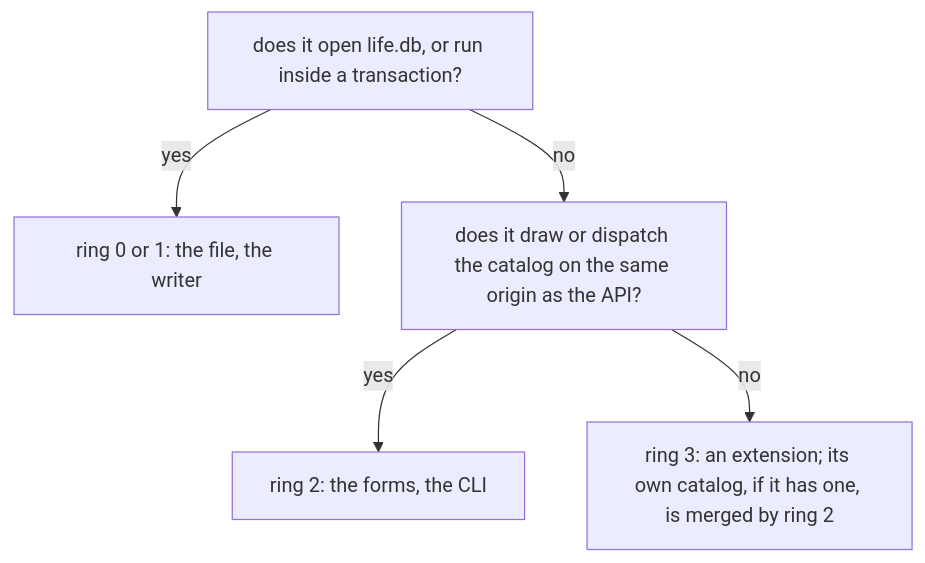
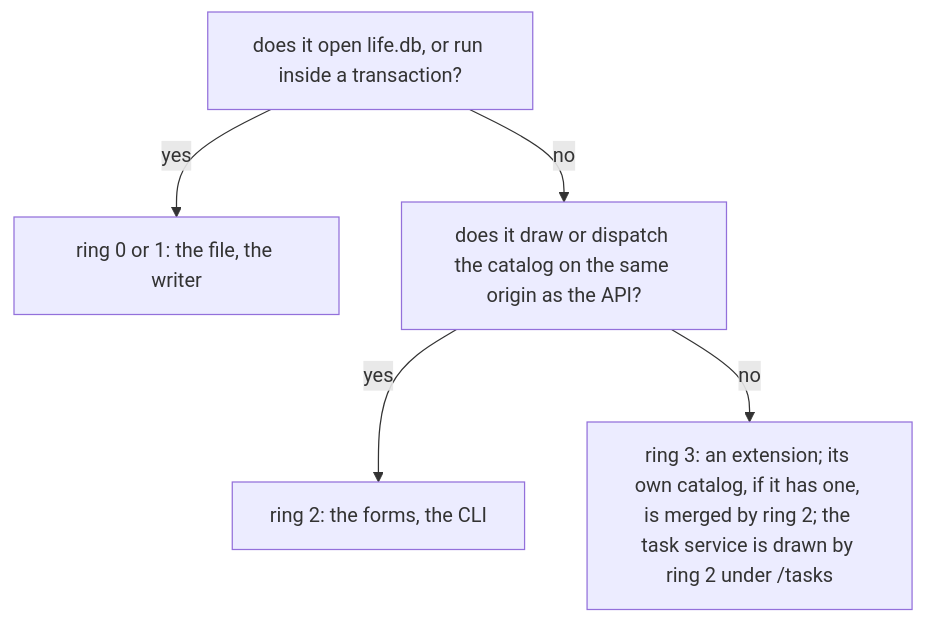
Before and after one commit to alexradunet/lifelogdb: the second of 2 diagrams in AGENTS.md, drawn with Mermaid. The commit also changed other lines of this file and 19 other files, not shown here.

````diff
--- a/AGENTS.md
+++ b/AGENTS.md
@@ -173,7 +173,7 @@
 ```mermaid
 flowchart TD
   Q["does it open life.db, or run inside a transaction?"] -->|"yes"| C["ring 0 or 1: the file, the writer"]
   Q -->|"no"| R["does it draw or dispatch the catalog on the same origin as the API?"]
   R -->|"yes"| K["ring 2: the forms, the CLI"]
-  R -->|"no"| E["ring 3: an extension; its own catalog, if it has one, is merged by ring 2"]
+  R -->|"no"| E["ring 3: an extension; its own catalog, if it has one, is merged by ring 2; the task service is drawn by ring 2 under /tasks"]
 ```
````
